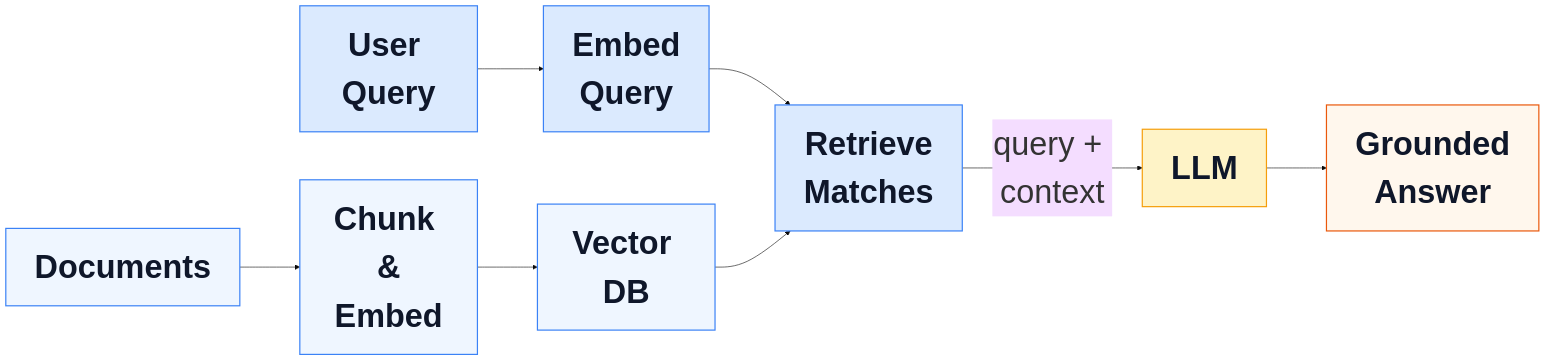
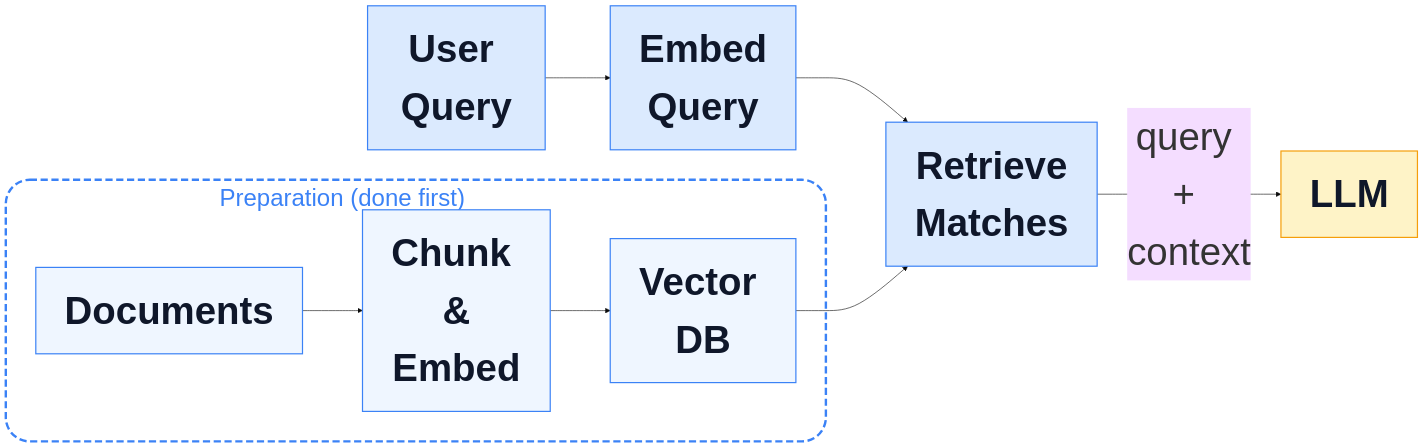
The diagram in slides/m12-rag.qmd (kerryback/mgmt675), drawn with Mermaid before and after one commit. The commit also changed 1 other file, not shown here.

Commit message:
Remove Grounded Answer node, add preparation subgraph, increase mermaid text to 64px

````diff
--- a/slides/m12-rag.qmd
+++ b/slides/m12-rag.qmd
@@ -189,21 +189,22 @@
 ```{mermaid}
 %%| fig-width: 16
-%%{init: {'theme': 'base', 'themeVariables': {'fontSize': '54px', 'lineWidth': 6}, 'flowchart': {'nodeSpacing': 80, 'rankSpacing': 100, 'padding': 24, 'useMaxWidth': true}}}%%
+%%{init: {'theme': 'base', 'themeVariables': {'fontSize': '64px', 'lineWidth': 6}, 'flowchart': {'nodeSpacing': 80, 'rankSpacing': 100, 'padding': 24, 'useMaxWidth': true}}}%%
 flowchart LR
-  D["<b>Documents</b>"] --> CE["<b>Chunk &<br>Embed</b>"]
-  CE --> VDB["<b>Vector DB</b>"]
+  subgraph prep ["Preparation (done first)"]
+    D["<b>Documents</b>"] --> CE["<b>Chunk &<br>Embed</b>"]
+    CE --> VDB["<b>Vector DB</b>"]
+  end
   UQ["<b>User Query</b>"] --> EQ["<b>Embed<br>Query</b>"]
   EQ --> R["<b>Retrieve<br>Matches</b>"]
   VDB --> R
   R -->|"query + context"| LLM["<b>LLM</b>"]
-  LLM --> A["<b>Grounded<br>Answer</b>"]
 
-  style D fill:#eff6ff,stroke:#3b82f6,stroke-width:2px,color:#0f172a,font-size:54px,padding:20px
-  style CE fill:#eff6ff,stroke:#3b82f6,stroke-width:2px,color:#0f172a,font-size:54px,padding:20px
-  style VDB fill:#eff6ff,stroke:#3b82f6,stroke-width:2px,color:#0f172a,font-size:54px,padding:20px
-  style UQ fill:#dbeafe,stroke:#3b82f6,stroke-width:2px,color:#0f172a,font-size:54px,padding:20px
-  style EQ fill:#dbeafe,stroke:#3b82f6,stroke-width:2px,color:#0f172a,font-size:54px,padding:20px
-  style R fill:#dbeafe,stroke:#3b82f6,stroke-width:2px,color:#0f172a,font-size:54px,padding:20px
-  style LLM fill:#fef3c7,stroke:#f59e0b,stroke-width:2px,color:#0f172a,font-size:54px,padding:20px
-  style A fill:#fff7ed,stroke:#ea580c,stroke-width:2px,color:#0f172a,font-size:54px,padding:20px
+  style prep fill:none,stroke:#3b82f6,stroke-width:4px,stroke-dasharray:12 6,rx:40,ry:40,color:#3b82f6,font-size:40px
+  style D fill:#eff6ff,stroke:#3b82f6,stroke-width:2px,color:#0f172a,font-size:64px,padding:20px
+  style CE fill:#eff6ff,stroke:#3b82f6,stroke-width:2px,color:#0f172a,font-size:64px,padding:20px
+  style VDB fill:#eff6ff,stroke:#3b82f6,stroke-width:2px,color:#0f172a,font-size:64px,padding:20px
+  style UQ fill:#dbeafe,stroke:#3b82f6,stroke-width:2px,color:#0f172a,font-size:64px,padding:20px
+  style EQ fill:#dbeafe,stroke:#3b82f6,stroke-width:2px,color:#0f172a,font-size:64px,padding:20px
+  style R fill:#dbeafe,stroke:#3b82f6,stroke-width:2px,color:#0f172a,font-size:64px,padding:20px
+  style LLM fill:#fef3c7,stroke:#f59e0b,stroke-width:2px,color:#0f172a,font-size:64px,padding:20px
 ```
````
